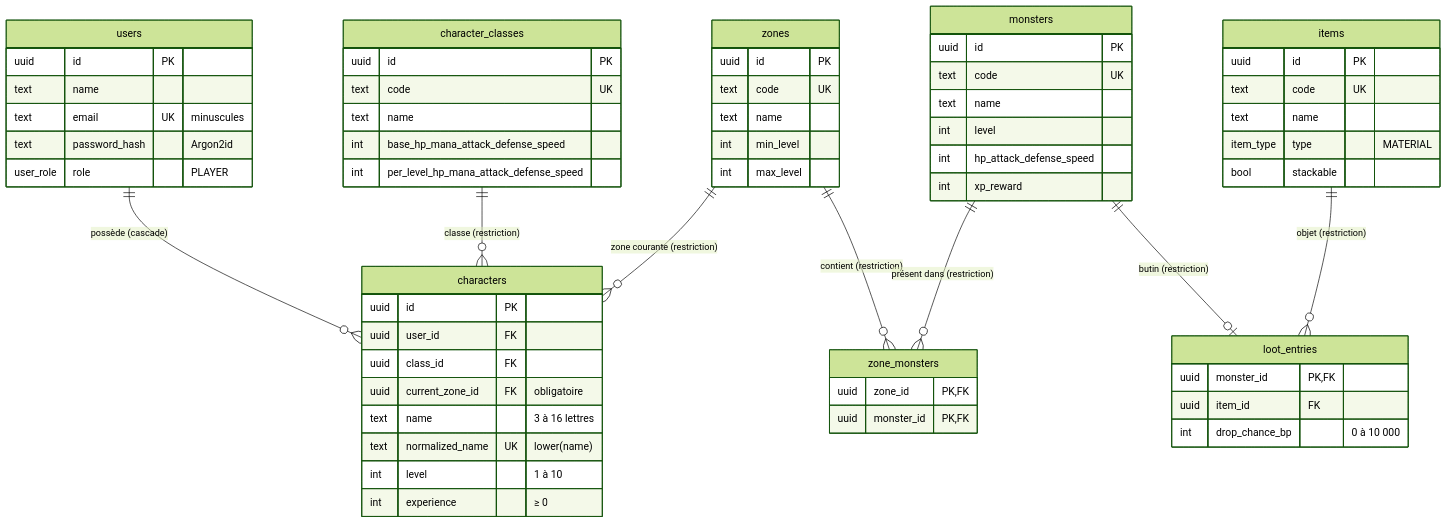
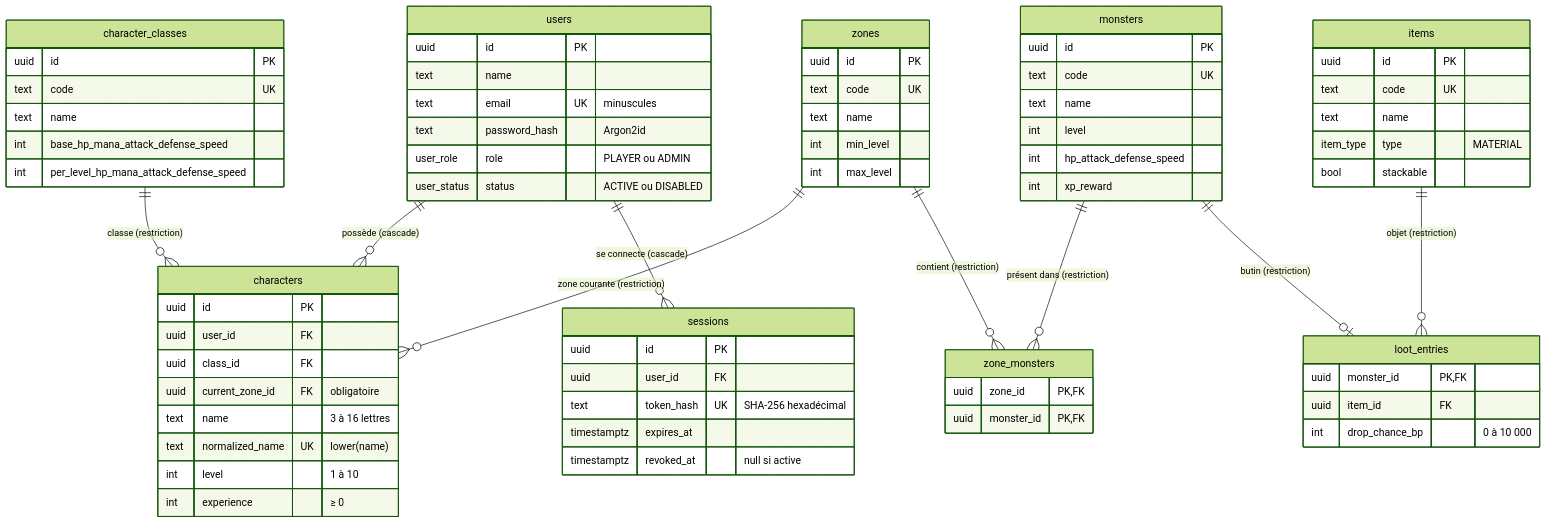
Before and after one commit to Tom0204/BackendNode: the diagram in docs/architecture/data-model.md, drawn with Mermaid (forest theme). The commit also changed other lines of this file and 54 other files, not shown here.

````diff
--- a/docs/architecture/data-model.md
+++ b/docs/architecture/data-model.md
@@ -19,66 +19,75 @@
 ```mermaid
 erDiagram
     users ||--o{ characters : "possède (cascade)"
+    users ||--o{ sessions : "se connecte (cascade)"
     character_classes ||--o{ characters : "classe (restriction)"
     zones ||--o{ characters : "zone courante (restriction)"
     zones ||--o{ zone_monsters : "contient (restriction)"
     monsters ||--o{ zone_monsters : "présent dans (restriction)"
     monsters ||--o| loot_entries : "butin (restriction)"
     items ||--o{ loot_entries : "objet (restriction)"
 
     users {
         uuid id PK
         text name
         text email UK "minuscules"
         text password_hash "Argon2id"
-        user_role role "PLAYER"
+        user_role role "PLAYER ou ADMIN"
+        user_status status "ACTIVE ou DISABLED"
+    }
+    sessions {
+        uuid id PK
+        uuid user_id FK
+        text token_hash UK "SHA-256 hexadécimal"
+        timestamptz expires_at
+        timestamptz revoked_at "null si active"
     }
     characters {
         uuid id PK
         uuid user_id FK
         uuid class_id FK
         uuid current_zone_id FK "obligatoire"
         text name "3 à 16 lettres"
         text normalized_name UK "lower(name)"
         int level "1 à 10"
         int experience "≥ 0"
     }
     character_classes {
         uuid id PK
         text code UK
         text name
         int base_hp_mana_attack_defense_speed
         int per_level_hp_mana_attack_defense_speed
     }
     zones {
         uuid id PK
         text code UK
         text name
         int min_level
         int max_level
     }
     monsters {
         uuid id PK
         text code UK
         text name
         int level
         int hp_attack_defense_speed
         int xp_reward
     }
     zone_monsters {
         uuid zone_id PK,FK
         uuid monster_id PK,FK
     }
     items {
         uuid id PK
         text code UK
         text name
         item_type type "MATERIAL"
         bool stackable
     }
     loot_entries {
         uuid monster_id PK,FK
         uuid item_id FK
         int drop_chance_bp "0 à 10 000"
     }
 ```
````
